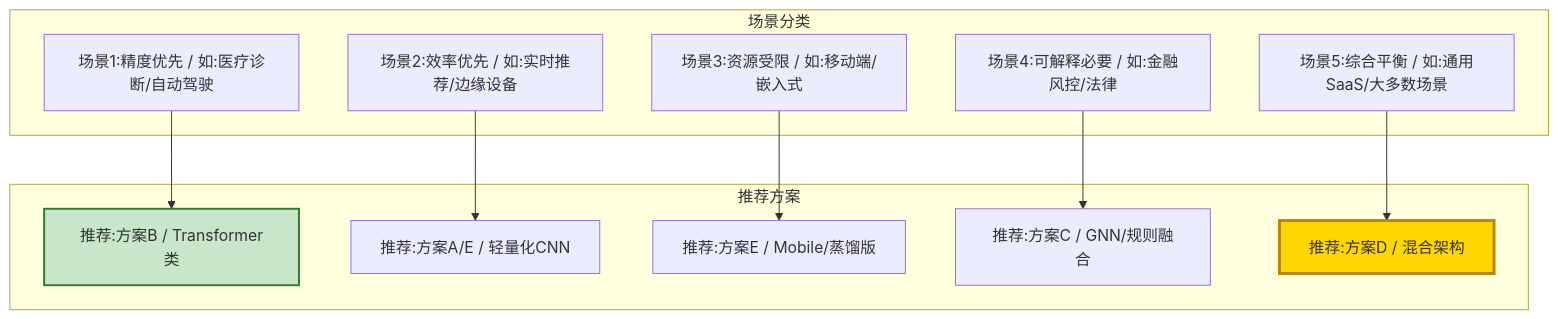
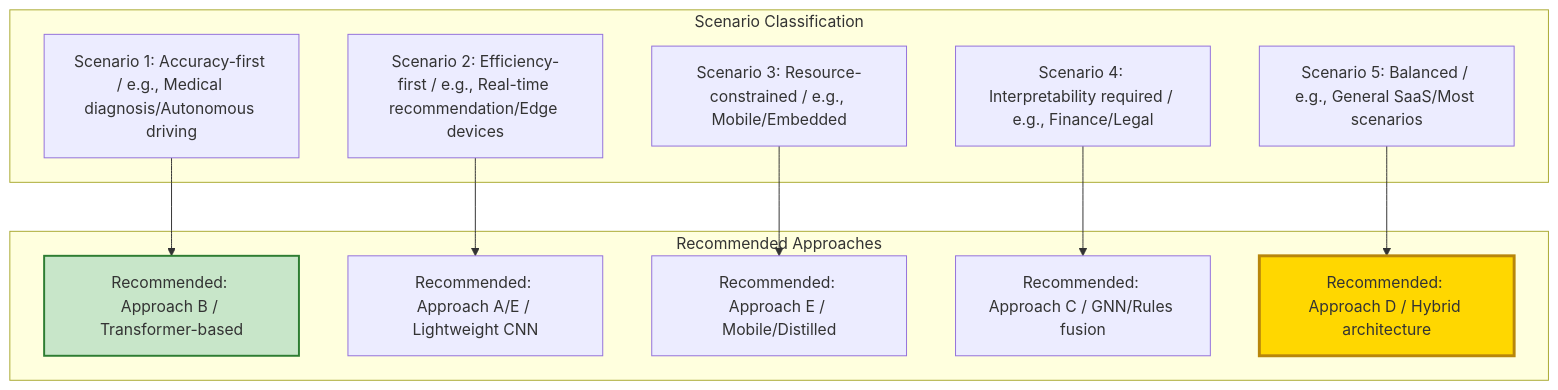
One commit to Kirky-X/cangjie changed the sixth of 9 diagrams in templates/【模板】论文研究报告.md. Above: the diagram before and after it, drawn with Mermaid. The commit also changed other lines of this file and 60 other files, not shown here.

````diff
--- a/templates/【模板】论文研究报告.md
+++ b/templates/【模板】论文研究报告.md
@@ -448,27 +323,27 @@
 ```mermaid
 graph TB
-    subgraph 场景分类
-        S1[场景1:精度优先 / 如:医疗诊断/自动驾驶]
-        S2[场景2:效率优先 / 如:实时推荐/边缘设备]
-        S3[场景3:资源受限 / 如:移动端/嵌入式]
-        S4[场景4:可解释必要 / 如:金融风控/法律]
-        S5[场景5:综合平衡 / 如:通用SaaS/大多数场景]
+    subgraph Scenario Classification
+        S1[Scenario 1: Accuracy-first / e.g., Medical diagnosis/Autonomous driving]
+        S2[Scenario 2: Efficiency-first / e.g., Real-time recommendation/Edge devices]
+        S3[Scenario 3: Resource-constrained / e.g., Mobile/Embedded]
+        S4[Scenario 4: Interpretability required / e.g., Finance/Legal]
+        S5[Scenario 5: Balanced / e.g., General SaaS/Most scenarios]
     end
 
-    subgraph 推荐方案
-        R1[推荐:方案B / Transformer类]
-        R2[推荐:方案A/E / 轻量化CNN]
-        R3[推荐:方案E / Mobile/蒸馏版]
-        R4[推荐:方案C / GNN/规则融合]
-        R5[推荐:方案D / 混合架构]
+    subgraph Recommended Approaches
+        R1[Recommended: Approach B / Transformer-based]
+        R2[Recommended: Approach A/E / Lightweight CNN]
+        R3[Recommended: Approach E / Mobile/Distilled]
+        R4[Recommended: Approach C / GNN/Rules fusion]
+        R5[Recommended: Approach D / Hybrid architecture]
     end
 
     S1 --> R1
     S2 --> R2
     S3 --> R3
     S4 --> R4
     S5 --> R5
 
     style R1 fill:#c8e6c9,stroke:#2e7d32,stroke-width:2px
     style R5 fill:#ffd700,stroke:#b8860b,stroke-width:3px
 ```
````
